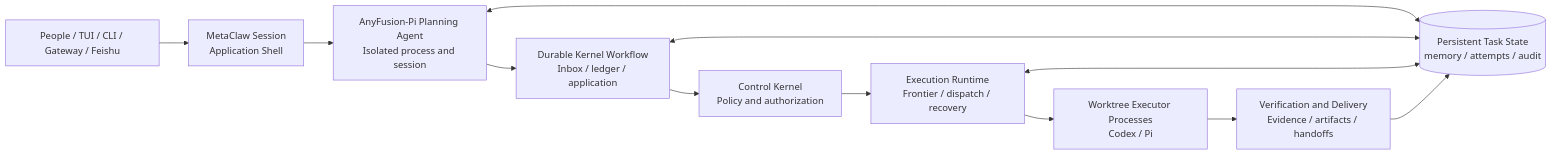
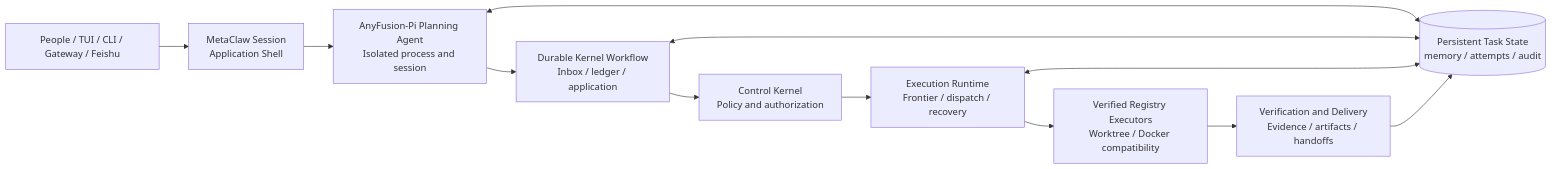
One commit to MetaAny/AnyFusion changed the diagram in README.md. Above: the diagram before and after it, drawn with Mermaid. The commit also changed other lines of this file and 116 other files, not shown here.

````diff
--- a/README.md
+++ b/README.md
@@ -57,16 +57,16 @@
 ```mermaid
 flowchart LR
   Intake[People / TUI / CLI / Gateway / Feishu] --> Session[MetaClaw Session<br/>Application Shell]
   Session --> Planning[AnyFusion-Pi Planning Agent<br/>Isolated process and session]
   Planning --> Workflow[Durable Kernel Workflow<br/>Inbox / ledger / application]
   Workflow --> Kernel[Control Kernel<br/>Policy and authorization]
   Kernel --> Runtime[Execution Runtime<br/>Frontier / dispatch / recovery]
-  Runtime --> Agents[Worktree Executor Processes<br/>Codex / Pi]
+  Runtime --> Agents[Verified Registry Executors<br/>Worktree / Docker compatibility]
   Agents --> Verify[Verification and Delivery<br/>Evidence / artifacts / handoffs]
 
   State[(Persistent Task State<br/>memory / attempts / audit)]
   Planning <--> State
   Workflow <--> State
   Runtime <--> State
   Verify --> State
 ```
````
